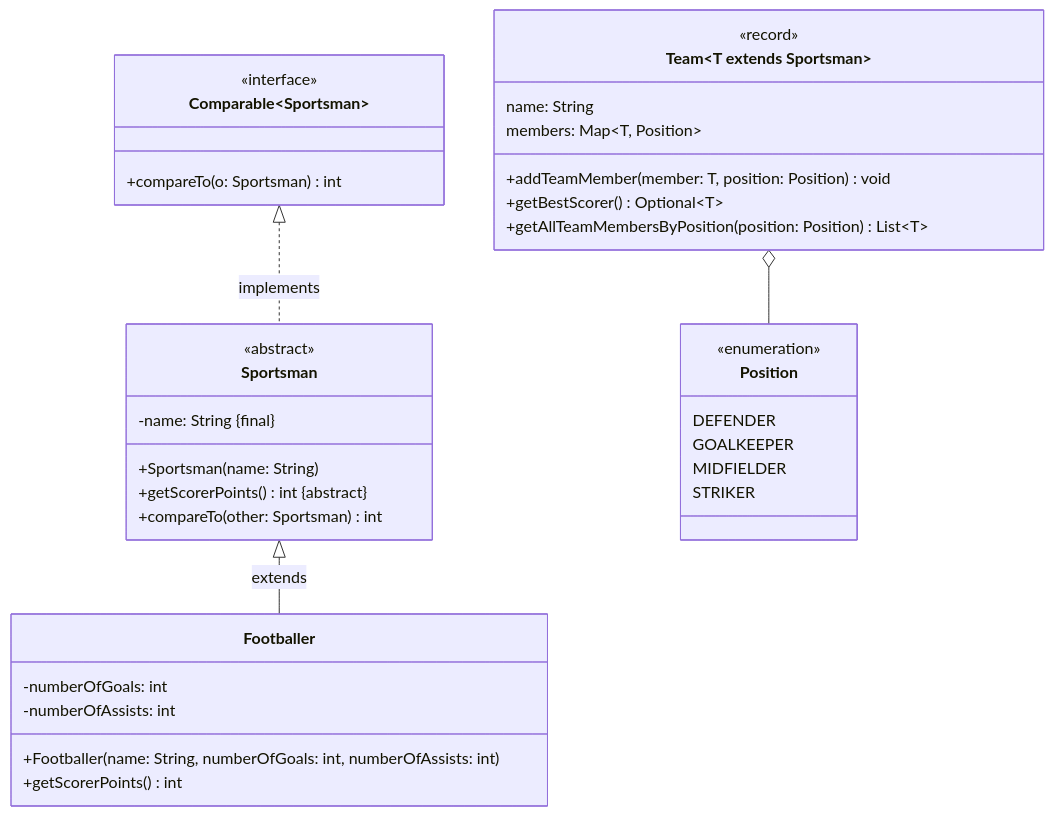
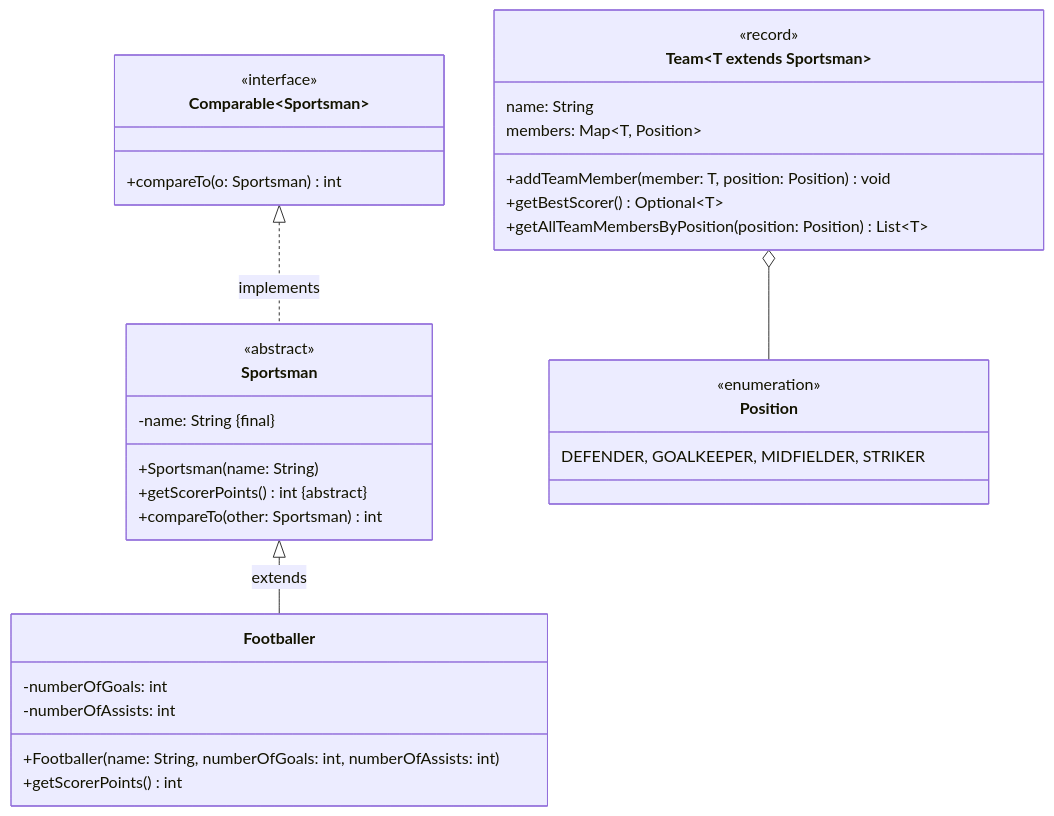
Before and after one commit to jappuccini/java-docs: the diagram in docs/exam-exercises/exam-exercises-java2/class-diagrams/team.md, drawn with Mermaid. The commit also changed 6 other files, not shown here.

````diff
--- a/docs/exam-exercises/exam-exercises-java2/class-diagrams/team.md
+++ b/docs/exam-exercises/exam-exercises-java2/class-diagrams/team.md
@@ -23,43 +23,40 @@
 ```mermaid
 classDiagram
     Sportsman <|-- Footballer : extends
     Team~T extends Sportsman~ o-- Position
     Comparable~Sportsman~ <|.. Sportsman : implements
 
     class Footballer {
         -numberOfGoals: int
         -numberOfAssists: int
         +Footballer(name: String, numberOfGoals: int, numberOfAssists: int)
         +getScorerPoints() int
     }
 
     class Position {
         <<enumeration>>
-        DEFENDER
-        GOALKEEPER
-        MIDFIELDER
-        STRIKER
+        DEFENDER, GOALKEEPER, MIDFIELDER, STRIKER
     }
 
     class Sportsman {
         <<abstract>>
         -name: String #123;final#125;
         +Sportsman(name: String)
         +getScorerPoints() int #123;abstract#125;
         +compareTo(other: Sportsman) int
     }
 
     class Team~T extends Sportsman~ {
         <<record>>
         name: String
         members: Map~T, Position~
         +addTeamMember(member: T, position: Position) void
         +getBestScorer() Optional~T~
         +getAllTeamMembersByPosition(position: Position) List~T~
     }
 
     class Comparable~Sportsman~ {
         <<interface>>
         +compareTo(o: Sportsman) int
     }
 ```
````
